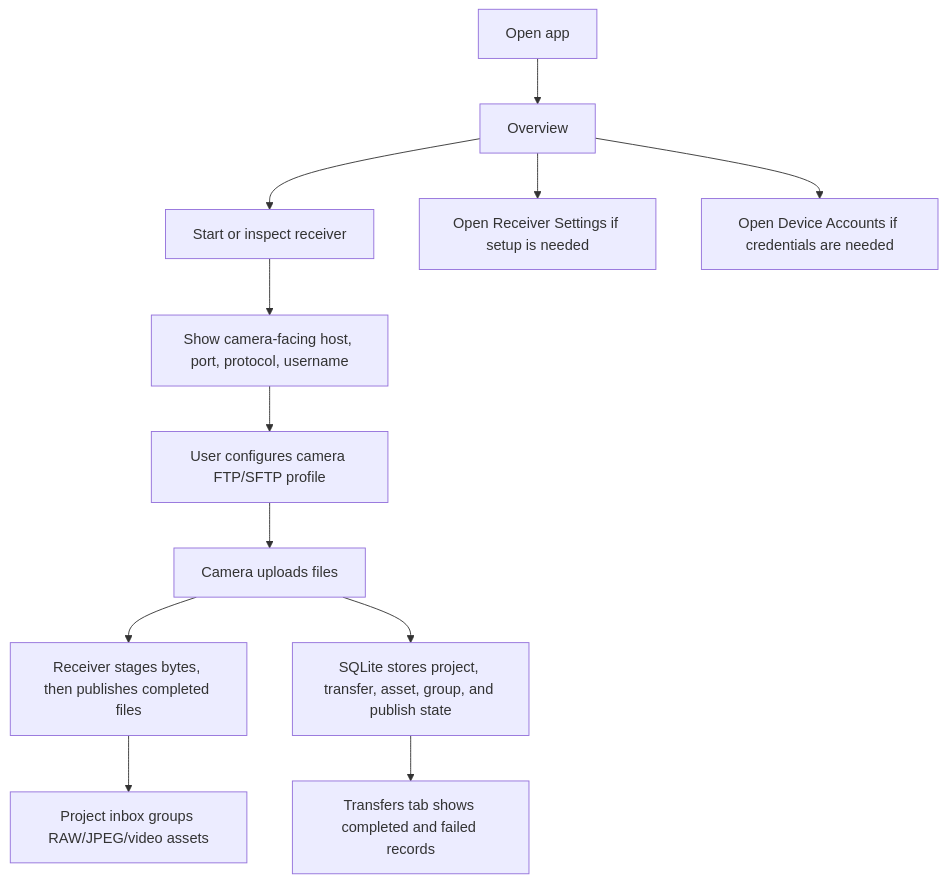
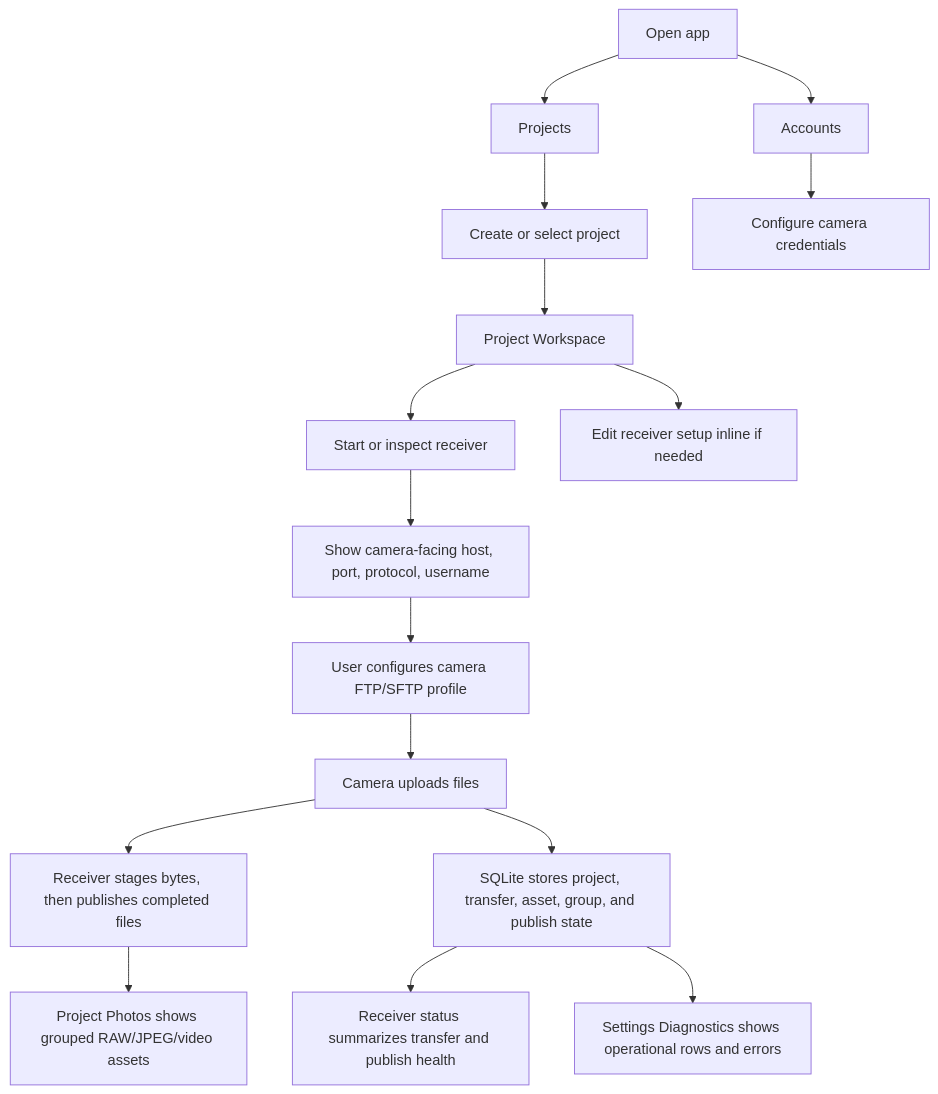
One commit to CrazyNB/camera_connector changed the diagram in docs/product/prototype-spec.md. Above: the diagram before and after it, drawn with Mermaid. The commit also changed other lines of this file and 62 other files, not shown here.

````diff
--- a/docs/product/prototype-spec.md
+++ b/docs/product/prototype-spec.md
@@ -30,14 +42,18 @@
 ```mermaid
 flowchart TD
-  A["Open app"] --> B["Overview"]
-  B --> C["Start or inspect receiver"]
-  B --> D["Open Receiver Settings if setup is needed"]
-  B --> E["Open Device Accounts if credentials are needed"]
-  C --> F["Show camera-facing host, port, protocol, username"]
-  F --> G["User configures camera FTP/SFTP profile"]
-  G --> H["Camera uploads files"]
-  H --> I["Receiver stages bytes, then publishes completed files"]
-  H --> J["SQLite stores project, transfer, asset, group, and publish state"]
-  I --> K["Project inbox groups RAW/JPEG/video assets"]
-  J --> L["Transfers tab shows completed and failed records"]
+  A["Open app"] --> B["Projects"]
+  B --> C["Create or select project"]
+  C --> D["Project Workspace"]
+  D --> E["Start or inspect receiver"]
+  D --> F["Edit receiver setup inline if needed"]
+  A --> G["Accounts"]
+  G --> H["Configure camera credentials"]
+  E --> I["Show camera-facing host, port, protocol, username"]
+  I --> J["User configures camera FTP/SFTP profile"]
+  J --> K["Camera uploads files"]
+  K --> L["Receiver stages bytes, then publishes completed files"]
+  K --> M["SQLite stores project, transfer, asset, group, and publish state"]
+  L --> N["Project Photos shows grouped RAW/JPEG/video assets"]
+  M --> O["Receiver status summarizes transfer and publish health"]
+  M --> P["Settings Diagnostics shows operational rows and errors"]
 ```
````
